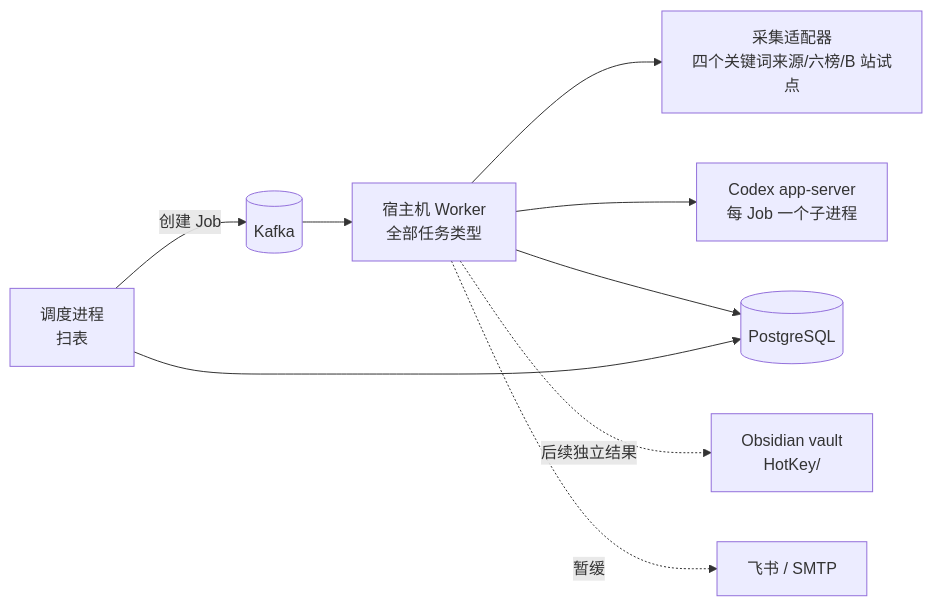
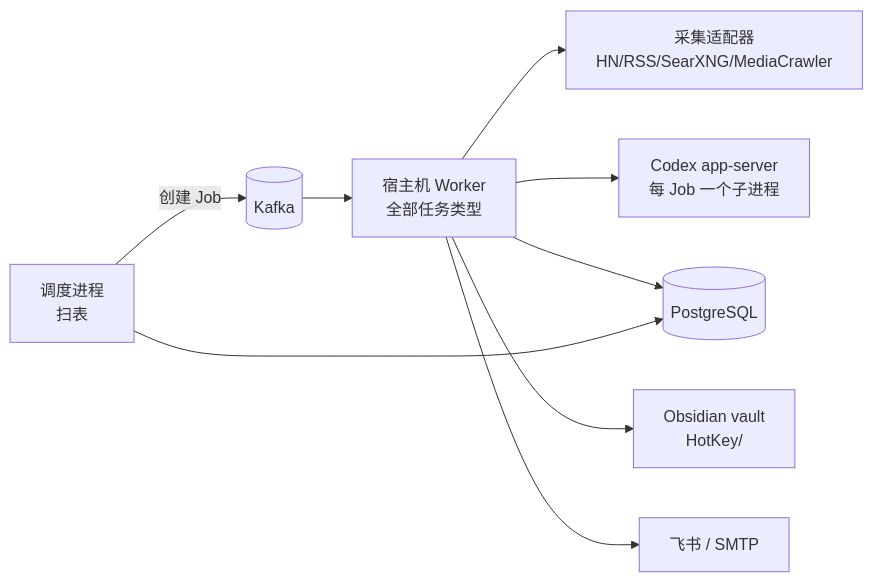
Before and after one commit to StephenQiu30/Ripplesight: the diagram in docs/design/001-热点舆情监控平台总体设计.md, drawn with Mermaid. The commit also changed other lines of this file and 235 other files, not shown here.

````diff
--- a/docs/design/001-热点舆情监控平台总体设计.md
+++ b/docs/design/001-热点舆情监控平台总体设计.md
@@ -48,11 +62,11 @@
 ```mermaid
 flowchart LR
   SCH[调度进程<br/>扫表] -->|创建 Job| K[(Kafka)]
   K --> W[宿主机 Worker<br/>全部任务类型]
-  W --> SRC[采集适配器<br/>四个关键词来源/六榜/B 站试点]
+  W --> SRC[采集适配器<br/>HN/RSS/SearXNG/MediaCrawler]
   W --> AI[Codex app-server<br/>每 Job 一个子进程]
   W --> DB[(PostgreSQL)]
   SCH --> DB
-  W -.后续独立结果.-> OBS[Obsidian vault<br/>HotKey/]
-  W -.暂缓.-> PUSH[飞书 / SMTP]
+  W --> OBS[Obsidian vault<br/>HotKey/]
+  W --> PUSH[飞书 / SMTP]
 ```
````
